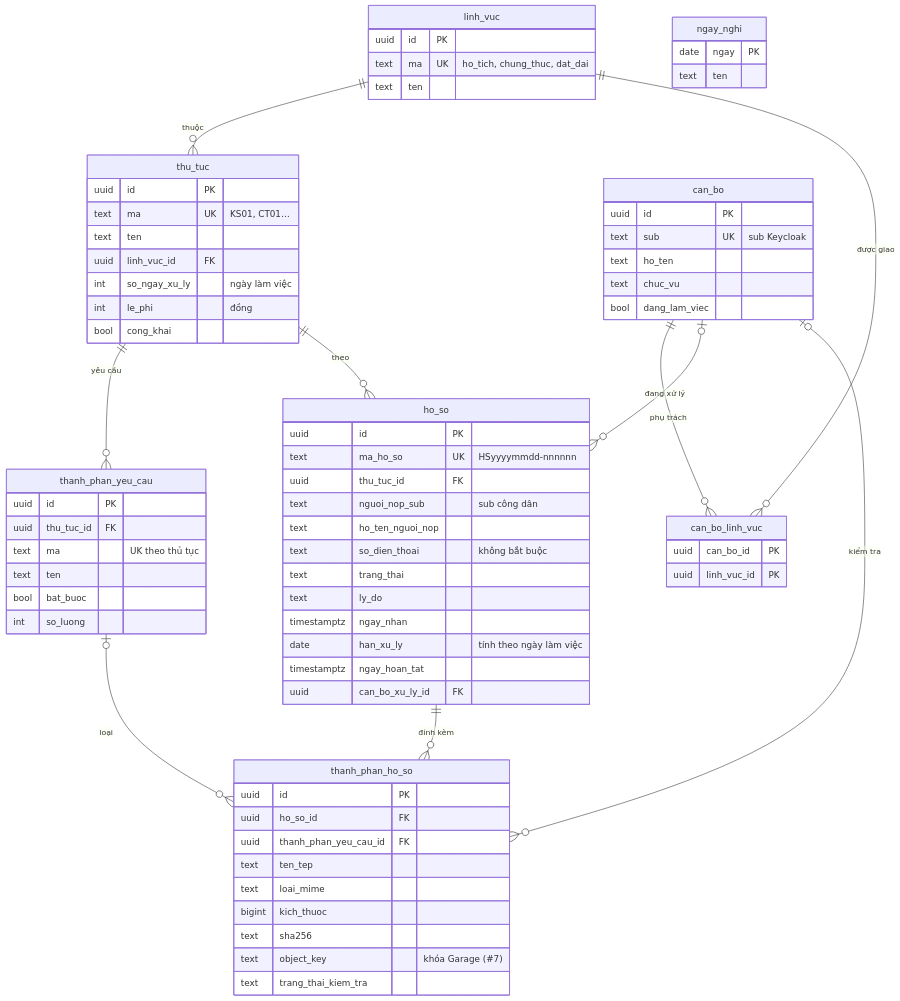
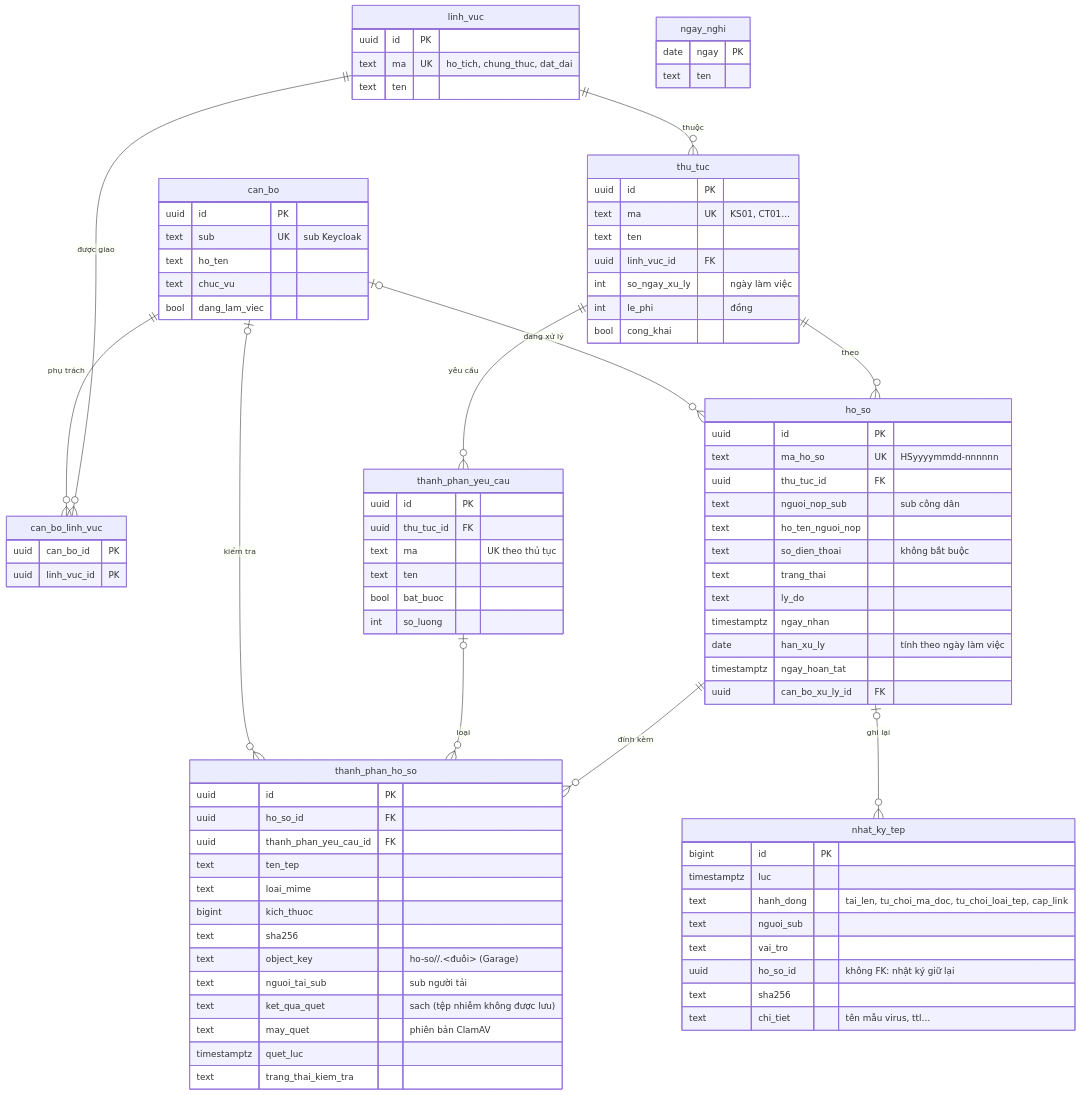
One commit to commune-dxos/commune-dxos changed the first of 2 diagrams in apps/mot-cua/README.md. Above: the diagram before and after it, drawn with Mermaid. The commit also changed other lines of this file and 24 other files, not shown here.

```diff
--- a/apps/mot-cua/README.md
+++ b/apps/mot-cua/README.md
@@ -31,6 +34,7 @@
   ho_so ||--o{ thanh_phan_ho_so : "đính kèm"
   thanh_phan_yeu_cau |o--o{ thanh_phan_ho_so : "loại"
   can_bo |o--o{ thanh_phan_ho_so : "kiểm tra"
+  ho_so |o--o{ nhat_ky_tep : "ghi lại"
 
   linh_vuc {
     uuid id PK
@@ -87,8 +91,22 @@
     text loai_mime
     bigint kich_thuoc
     text sha256
-    text object_key "khóa Garage (#7)"
+    text object_key "ho-so/<ho_so_id>/<uuid>.<đuôi> (Garage)"
+    text nguoi_tai_sub "sub người tải"
+    text ket_qua_quet "sach (tệp nhiễm không được lưu)"
+    text may_quet "phiên bản ClamAV"
+    timestamptz quet_luc
     text trang_thai_kiem_tra
+  }
+  nhat_ky_tep {
+    bigint id PK
+    timestamptz luc
+    text hanh_dong "tai_len, tu_choi_ma_doc, tu_choi_loai_tep, cap_link"
+    text nguoi_sub
+    text vai_tro
+    uuid ho_so_id "không FK: nhật ký giữ lại"
+    text sha256
+    text chi_tiet "tên mẫu virus, ttl…"
   }
   ngay_nghi {
     date ngay PK
```
